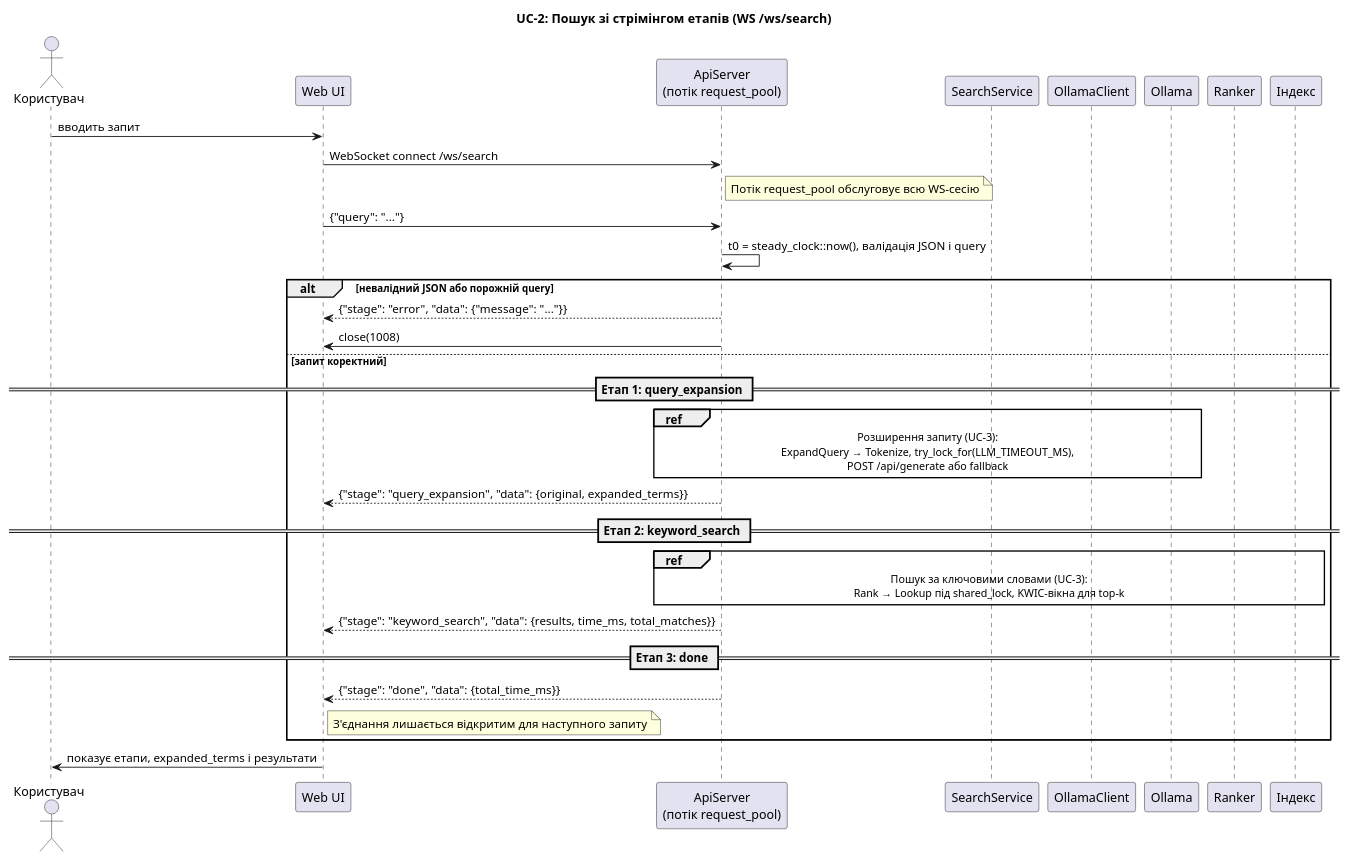
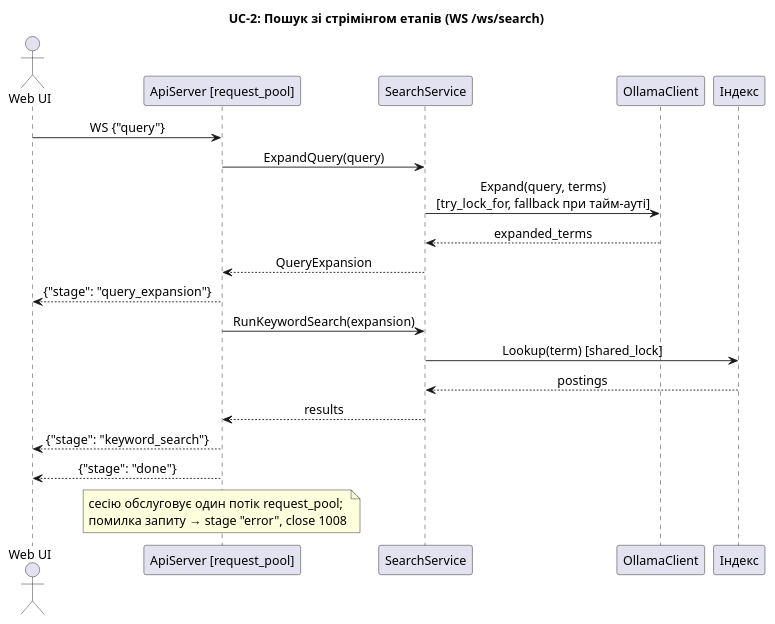
The diagram in docs/uml/sequence_uc2_ws_search.puml (DariaMelnyk0206/course_work_parallel_computing), drawn with PlantUML before and after one commit. The commit also changed 18 other files, not shown here.

Commit message:
docs(uml): make all diagrams readable

```diff
--- a/docs/uml/sequence_uc2_ws_search.puml
+++ b/docs/uml/sequence_uc2_ws_search.puml
@@ -1,34 +1,25 @@
 @startuml sequence_uc2_ws_search
 title UC-2: Пошук зі стрімінгом етапів (WS /ws/search)
 skinparam shadowing false
-skinparam responseMessageBelowArrow true
-actor "Користувач" as U
-participant "Web UI" as UI
-participant "ApiServer\n(потік request_pool)" as Api
-participant SearchService as Svc
-participant OllamaClient as Oc
-participant Ollama as Llm
-participant Ranker as Rank
-participant "Індекс" as Idx
-
-U -> UI : вводить запит
-UI -> Api : WebSocket connect /ws/search
-note right of Api : Потік request_pool обслуговує всю WS-сесію
-UI -> Api : {"query": "..."}
-Api -> Api : t0 = steady_clock::now(), валідація JSON і query
-alt невалідний JSON або порожній query
-  Api --> UI : {"stage": "error", "data": {"message": "..."}}
-  Api -> UI : close(1008)
-else запит коректний
-  == Етап 1: query_expansion ==
-  ref over Api, Llm : Розширення запиту (UC-3):\nExpandQuery → Tokenize, try_lock_for(LLM_TIMEOUT_MS),\nPOST /api/generate або fallback
-  Api --> UI : {"stage": "query_expansion", "data": {original, expanded_terms}}
-  == Етап 2: keyword_search ==
-  ref over Api, Idx : Пошук за ключовими словами (UC-3):\nRank → Lookup під shared_lock, KWIC-вікна для top-k
-  Api --> UI : {"stage": "keyword_search", "data": {results, time_ms, total_matches}}
-  == Етап 3: done ==
-  Api --> UI : {"stage": "done", "data": {total_time_ms}}
-  note right of UI : З'єднання лишається відкритим для наступного запиту
-end
-UI -> U : показує етапи, expanded_terms і результати
+skinparam sequenceMessageAlign center
+skinparam defaultFontSize 14
+skinparam maxMessageSize 260
+actor "Web UI" as C
+participant "ApiServer [request_pool]" as A
+participant SearchService as S
+participant OllamaClient as O
+participant "Індекс" as I
+C -> A : WS {"query"}
+A -> S : ExpandQuery(query)
+S -> O : Expand(query, terms)\n[try_lock_for, fallback при тайм-ауті]
+O --> S : expanded_terms
+S --> A : QueryExpansion
+A --> C : {"stage": "query_expansion"}
+A -> S : RunKeywordSearch(expansion)
+S -> I : Lookup(term) [shared_lock]
+I --> S : postings
+S --> A : results
+A --> C : {"stage": "keyword_search"}
+A --> C : {"stage": "done"}
+note over A : сесію обслуговує один потік request_pool;\nпомилка запиту → stage "error", close 1008
 @enduml
```
